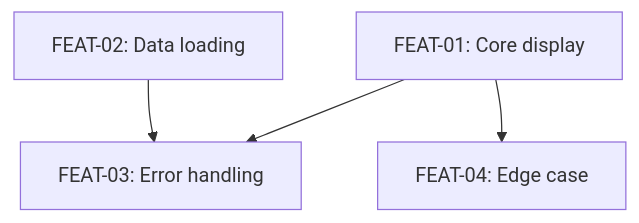
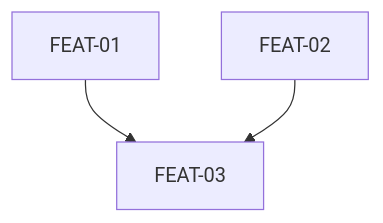
One commit to srpadrono/Pathfinder changed the diagram in skills/planning/SKILL.md. Above: the diagram before and after it, drawn with Mermaid. The commit also changed other lines of this file and 45 other files, not shown here.

````diff
--- a/skills/planning/SKILL.md
+++ b/skills/planning/SKILL.md
@@ -131,6 +60,5 @@
 ```mermaid
 graph TD
-    FEAT-01[FEAT-01: Core display] --> FEAT-03[FEAT-03: Error handling]
-    FEAT-02[FEAT-02: Data loading] --> FEAT-03
-    FEAT-01 --> FEAT-04[FEAT-04: Edge case]
+    FEAT-01 --> FEAT-03
+    FEAT-02 --> FEAT-03
 ```
````
